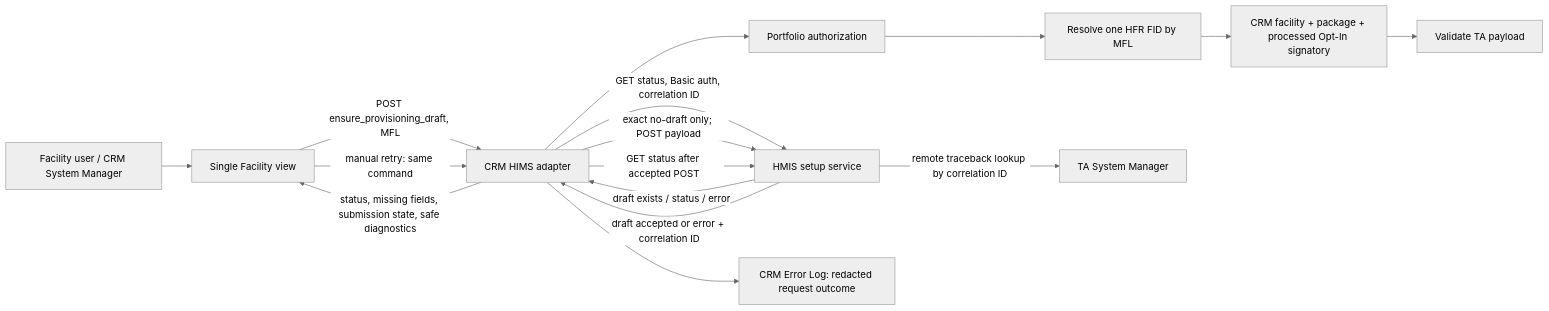
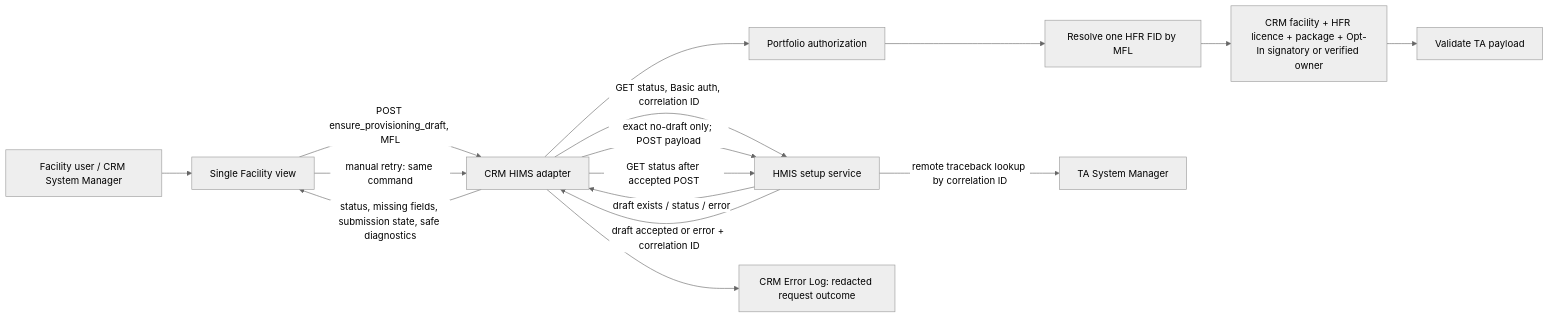
Before and after one commit to tiberbu/crm: the first of 2 diagrams in docs/hmis-implementation-prd.md, drawn with Mermaid (neutral theme). The commit also changed other lines of this file and 2 other files, not shown here.

First line of the commit message:
fix: use the verified owner and HFR licence for HMIS setup drafts

````diff
--- a/docs/hmis-implementation-prd.md
+++ b/docs/hmis-implementation-prd.md
@@ -29,18 +29,18 @@
 ```mermaid
 flowchart LR
   User[Facility user / CRM System Manager] --> View[Single Facility view]
   View -->|POST ensure_provisioning_draft, MFL| CRM[CRM HIMS adapter]
   View -->|manual retry: same command| CRM
   CRM --> Auth[Portfolio authorization]
   Auth --> FID[Resolve one HFR FID by MFL]
-  FID --> Sources[CRM facility + package + processed Opt-In signatory]
+  FID --> Sources[CRM facility + HFR licence + package + Opt-In signatory or verified owner]
   Sources --> Payload[Validate TA payload]
   CRM -->|GET status, Basic auth, correlation ID| TA[HMIS setup service]
   TA -->|draft exists / status / error| CRM
   CRM -->|exact no-draft only; POST payload| TA
   TA -->|draft accepted or error + correlation ID| CRM
   CRM -->|GET status after accepted POST| TA
   CRM -->|status, missing fields, submission state, safe diagnostics| View
   CRM --> ErrorLog[CRM Error Log: redacted request outcome]
   TA -->|remote traceback lookup by correlation ID| Support[TA System Manager]
 ```
````
